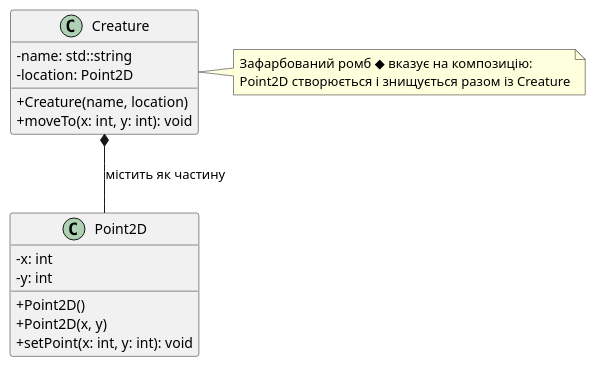
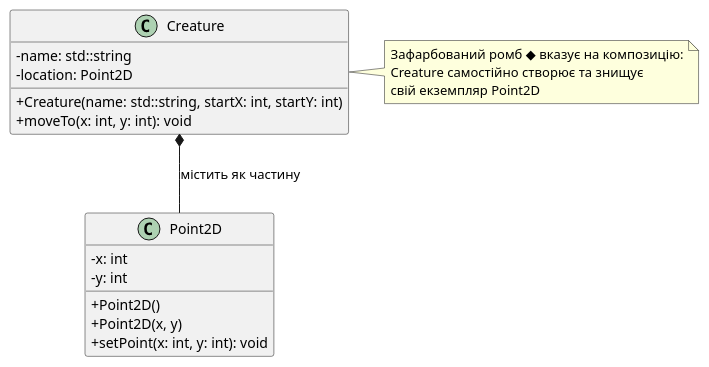
Before and after one commit to arakviel/kostyl.dev: the first of 2 diagrams in content/02.cpp/67.composition-aggregation.md, drawn with PlantUML. The commit also changed other lines of this file, not shown here.

````diff
--- a/content/02.cpp/67.composition-aggregation.md
+++ b/content/02.cpp/67.composition-aggregation.md
@@ -348,30 +571,31 @@
 ```plantuml
 @startuml
 skinparam style plain
 skinparam backgroundColor #FFFFFF
 skinparam classAttributeIconSize 0
 
 class Creature {
   - name: std::string
   - location: Point2D
-  + Creature(name, location)
+  + Creature(name: std::string, startX: int, startY: int)
   + moveTo(x: int, y: int): void
 }
 
 class Point2D {
   - x: int
   - y: int
   + Point2D()
   + Point2D(x, y)
   + setPoint(x: int, y: int): void
 }
 
 Creature *-- Point2D : містить як частину
 
 note right of Creature
   Зафарбований ромб ◆ вказує на композицію:
-  Point2D створюється і знищується разом із Creature
+  Creature самостійно створює та знищує
+  свій екземпляр Point2D
 end note
 
 @enduml
 ```
````
